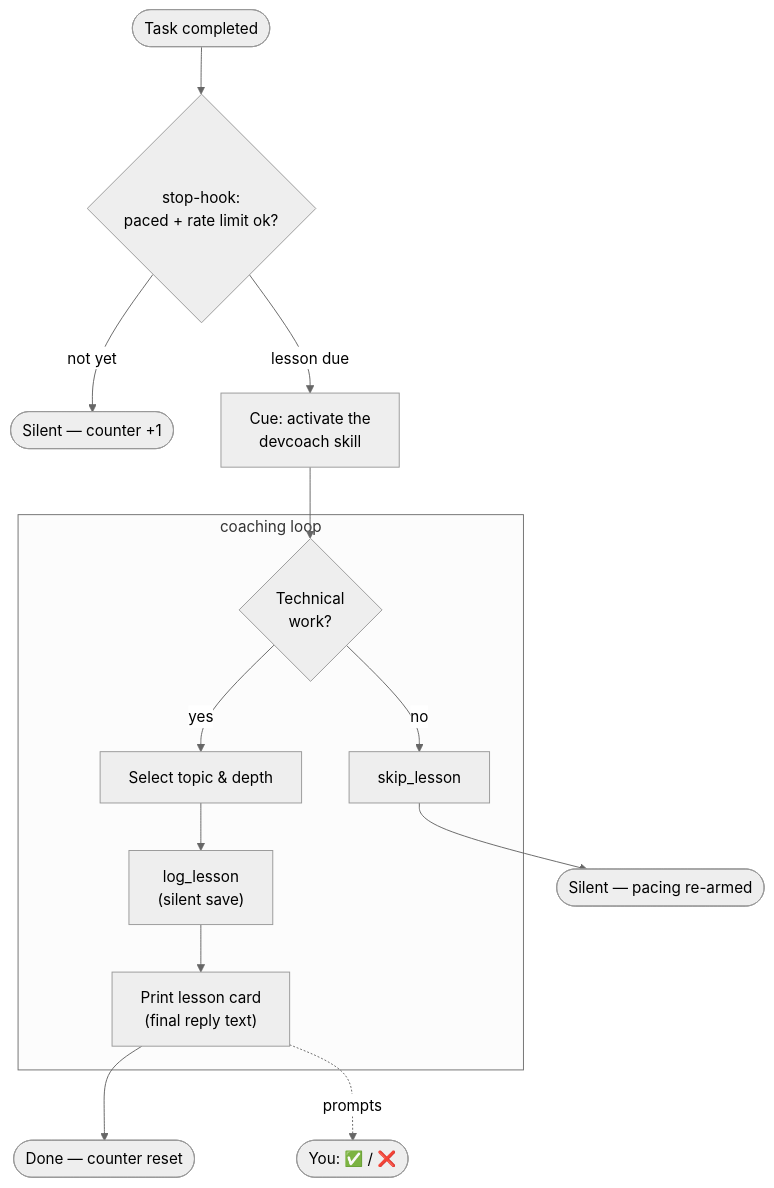
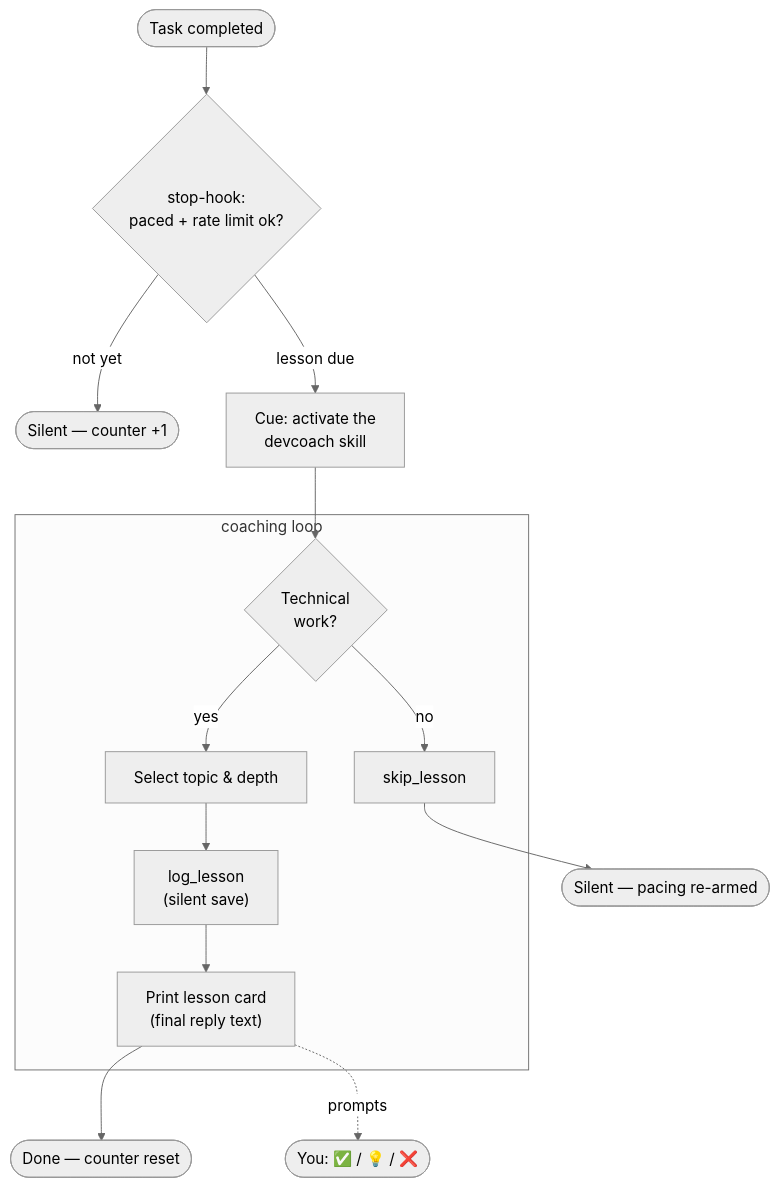
Before and after one commit to UltimaPhoenix/dev-coach: the second of 2 diagrams in docs/how-it-works.md, drawn with Mermaid (neutral theme). The commit also changed 13 other files, not shown here.

````diff
--- a/docs/how-it-works.md
+++ b/docs/how-it-works.md
@@ -55,20 +55,20 @@
 ```mermaid
 flowchart TD
     A([Task completed]) --> B{"stop-hook:<br/>paced + rate limit ok?"}
     B -->|not yet| Z([Silent — counter +1])
     B -->|lesson due| C["Cue: activate the<br/>devcoach skill"]
 
     subgraph loop["coaching loop"]
         D{"Technical<br/>work?"}
         E[Select topic & depth]
         G["log_lesson<br/>(silent save)"]
         F["Print lesson card<br/>(final reply text)"]
         S[skip_lesson]
     end
 
     C --> D
     D -->|no| S --> Z2([Silent — pacing re-armed])
     D -->|yes| E --> G --> F
     F --> H([Done — counter reset])
-    F -.->|prompts| U(["You: ✅ / ❌"])
+    F -.->|prompts| U(["You: ✅ / 💡 / ❌"])
 ```
````
